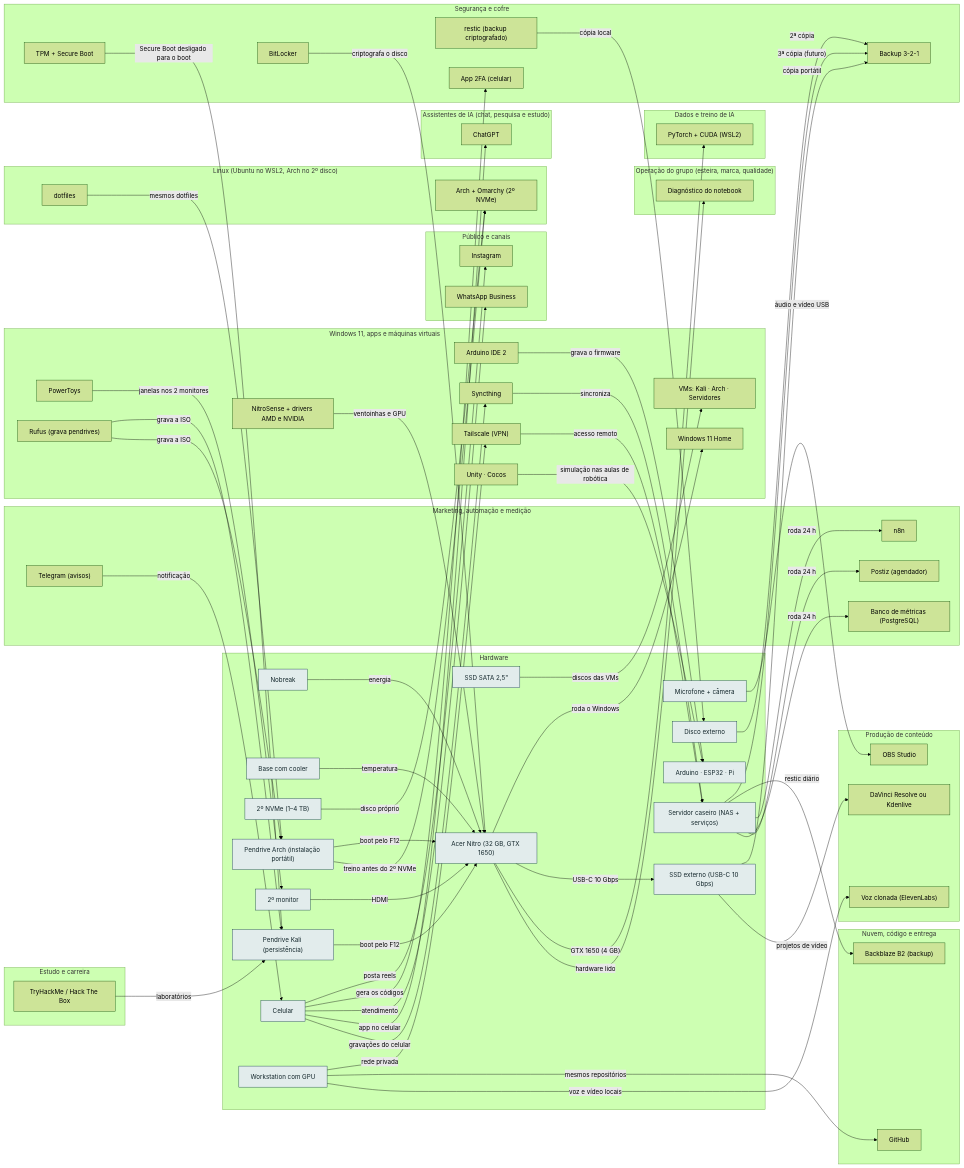
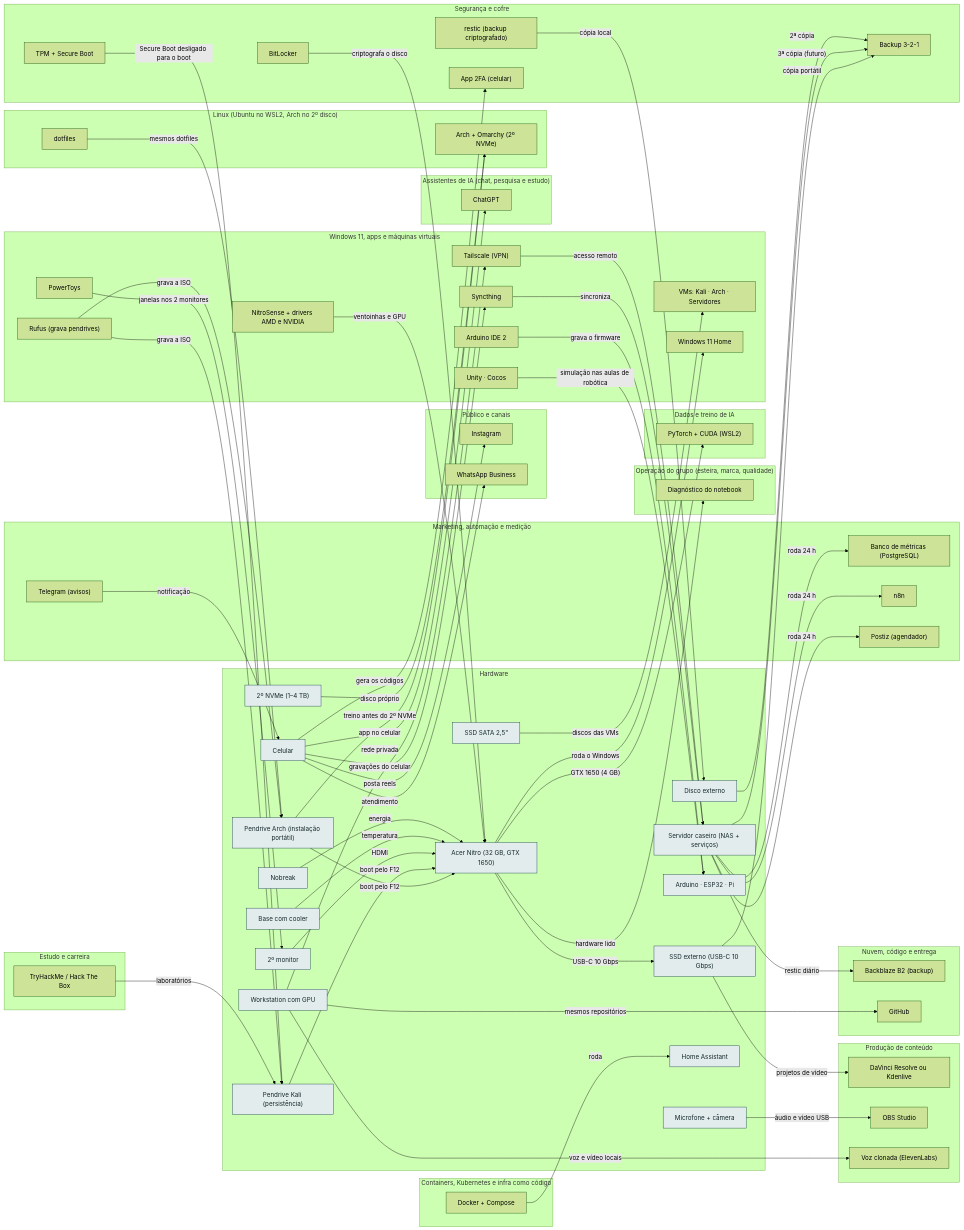
The diagram in docs/camadas/01-hw.md (AlanMateus17/dev-setup), drawn with Mermaid (forest theme) before and after one commit. The commit also changed other lines of this file and 75 other files, not shown here.

````diff
--- a/docs/camadas/01-hw.md
+++ b/docs/camadas/01-hw.md
@@ -27,6 +27,7 @@
     n_nas["Servidor caseiro (NAS + serviços)"]
     n_ssdext["SSD externo (USB-C 10 Gbps)"]
     n_ws["Workstation com GPU"]
+    n_ha["Home Assistant"]
   end
   subgraph L_oper["Operação do grupo (esteira, marca, qualidade)"]
     n_diag["Diagnóstico do notebook"]
@@ -52,6 +53,9 @@
   subgraph L_nuvem["Nuvem, código e entrega"]
     n_b2["Backblaze B2 (backup)"]
     n_gh["GitHub"]
+  end
+  subgraph L_cnt["Containers, Kubernetes e infra como código"]
+    n_docker["Docker + Compose"]
   end
   subgraph L_chat["Assistentes de IA (chat, pesquisa e estudo)"]
     n_gpt["ChatGPT"]
@@ -124,6 +128,7 @@
   n_ws -->|"rede privada"| n_tail
   n_ws -->|"mesmos repositórios"| n_gh
   n_ws -->|"voz e vídeo locais"| n_voz
+  n_docker -->|"roda"| n_ha
   classDef desta fill:#e2ecec,stroke:#0e3a45,color:#13262b
-  class n_ups,n_cool,n_sata,n_nb,n_nvme,n_mon,n_mic,n_cel,n_ext,n_pkali,n_parch,n_rob,n_nas,n_ssdext,n_ws desta
+  class n_ups,n_cool,n_sata,n_nb,n_nvme,n_mon,n_mic,n_cel,n_ext,n_pkali,n_parch,n_rob,n_nas,n_ssdext,n_ws,n_ha desta
 ```
````
